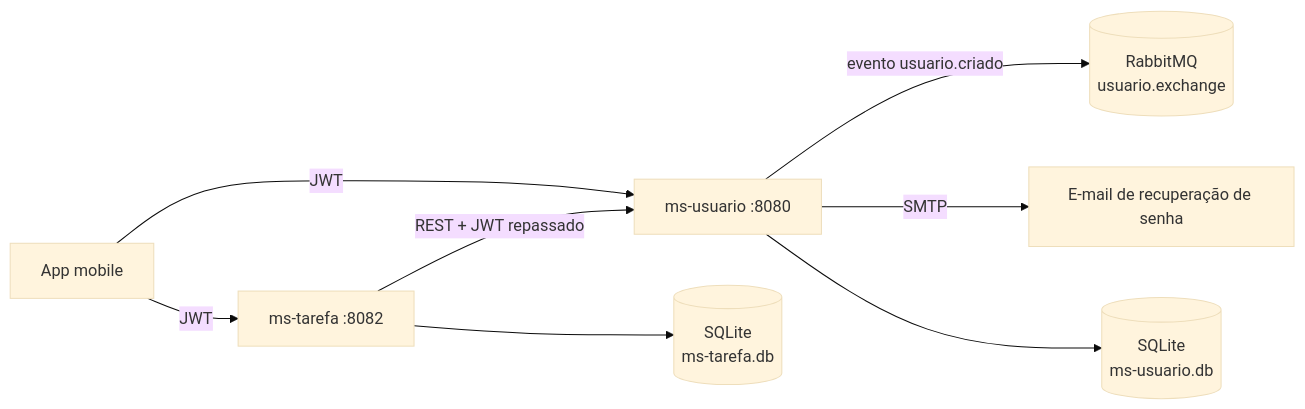
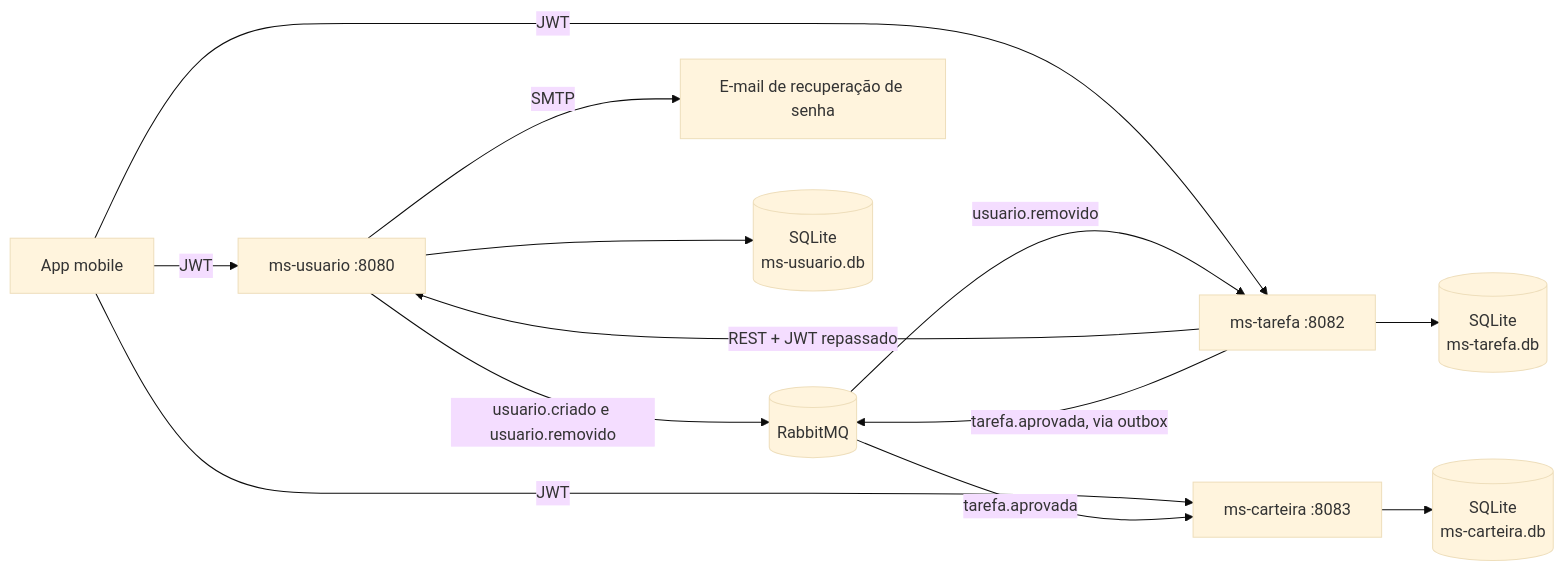
Before and after one commit to Bifaniii/mobile-house-task-manager-java: the first of 2 diagrams in README.md, drawn with Mermaid (base theme). The commit also changed other lines of this file and 4 other files, not shown here.

````diff
--- a/README.md
+++ b/README.md
@@ -11,10 +11,15 @@
 ```mermaid
 flowchart LR
     app[App mobile] -->|JWT| usuario[ms-usuario :8080]
     app -->|JWT| tarefa[ms-tarefa :8082]
+    app -->|JWT| carteira[ms-carteira :8083]
     tarefa -->|REST + JWT repassado| usuario
-    usuario -->|evento usuario.criado| rabbit[(RabbitMQ<br/>usuario.exchange)]
+    usuario -->|usuario.criado e usuario.removido| rabbit[(RabbitMQ)]
+    rabbit -->|usuario.removido| tarefa
+    tarefa -->|tarefa.aprovada, via outbox| rabbit
+    rabbit -->|tarefa.aprovada| carteira
     usuario -->|SMTP| mail[E-mail de recuperação de senha]
     usuario --> db1[(SQLite<br/>ms-usuario.db)]
     tarefa --> db2[(SQLite<br/>ms-tarefa.db)]
+    carteira --> db3[(SQLite<br/>ms-carteira.db)]
 ```
````
